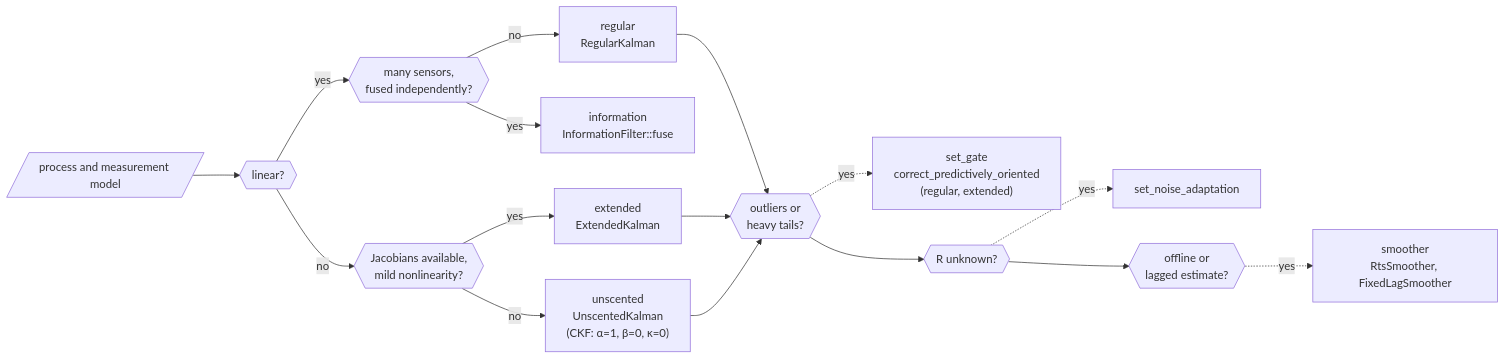
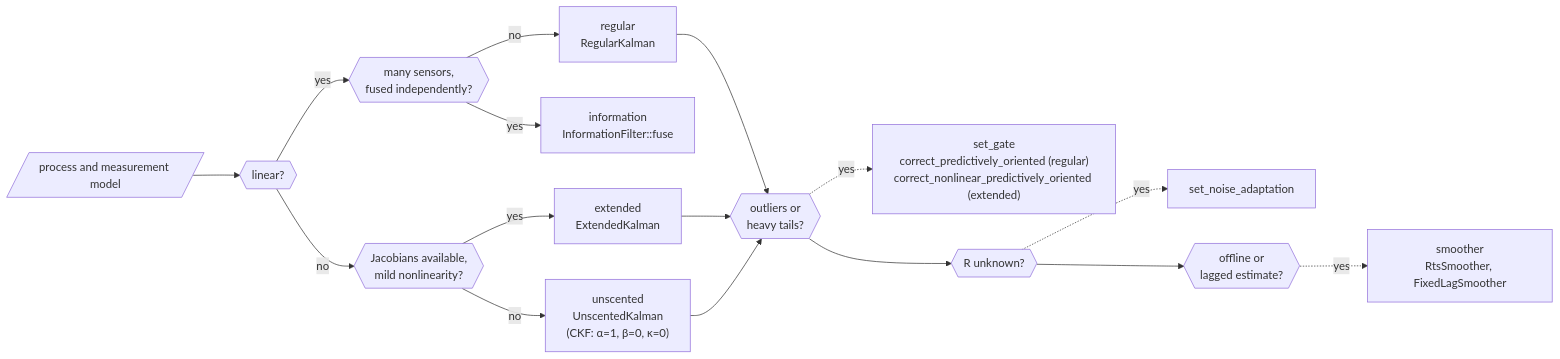
The first of 3 diagrams in README.md (sunsided/minikalman-rs), drawn with Mermaid before and after one commit. The commit also changed other lines of this file and 2 other files, not shown here.

First line of the commit message:
Name the extended PrO method and fix the diagram source paths

````diff
--- a/README.md
+++ b/README.md
@@ -33,34 +33,34 @@
 ```mermaid
 flowchart LR
-    %% Which filter fits a problem. Style: see docs/diagrams/README.md.
+    %% Which filter fits a problem. Style: see crates/minikalman/docs/diagrams/README.md.
     %% Copy of crates/minikalman/docs/diagrams/choose-filter.mmd; keep the two in sync.
     %% Checks are hexagons; answers are rectangles naming the module and the type or method.
     model[/"process and measurement model"/]
     linear{{"linear?"}}
     fusion{{"many sensors,<br/>fused independently?"}}
     jacobians{{"Jacobians available,<br/>mild nonlinearity?"}}
     regular["regular<br/>RegularKalman"]
     information["information<br/>InformationFilter::fuse"]
     extended["extended<br/>ExtendedKalman"]
     unscented["unscented<br/>UnscentedKalman<br/>(CKF: α=1, β=0, κ=0)"]
     outliers{{"outliers or<br/>heavy tails?"}}
-    gate["set_gate<br/>correct_predictively_oriented<br/>(regular, extended)"]
+    gate["set_gate<br/>correct_predictively_oriented (regular)<br/>correct_nonlinear_predictively_oriented (extended)"]
     noise{{"R unknown?"}}
     adapt["set_noise_adaptation"]
     offline{{"offline or<br/>lagged estimate?"}}
     smoother["smoother<br/>RtsSmoother, FixedLagSmoother"]
     model --> linear
     linear -- yes --> fusion
     fusion -- no --> regular
     fusion -- yes --> information
     linear -- no --> jacobians
     jacobians -- yes --> extended
     jacobians -- no --> unscented
     regular & extended & unscented --> outliers
     outliers -. yes .-> gate
     outliers --> noise
     noise -. yes .-> adapt
     noise --> offline
     offline -. yes .-> smoother
     classDef focus fill:#fbbf24,stroke:#b45309,stroke-width:3px,color:#1c1917
 ```
````
